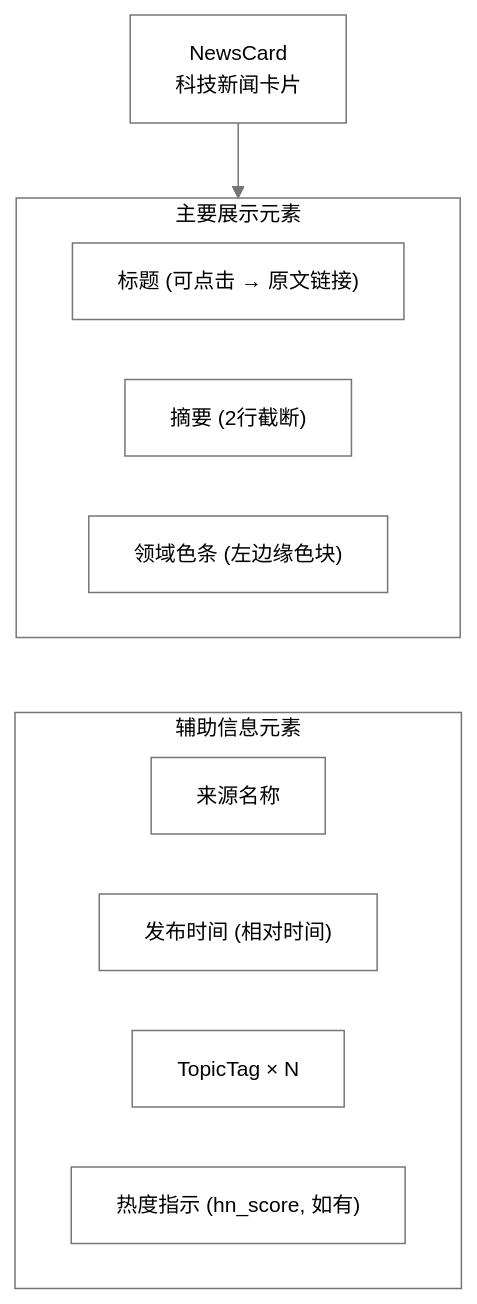
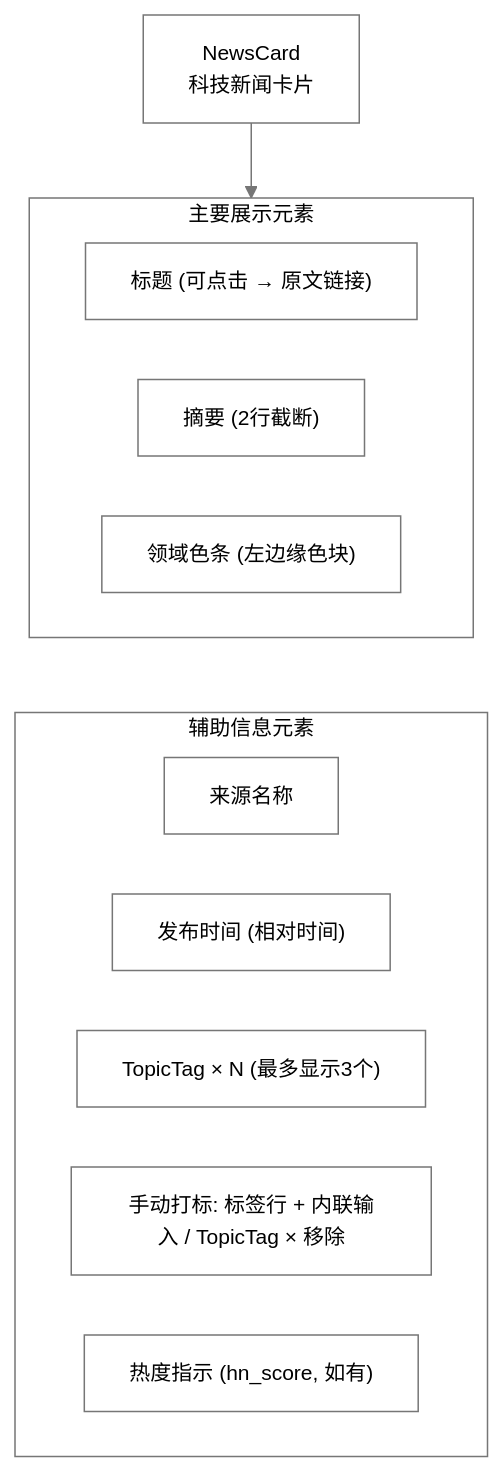
One commit to onceme/instantboard changed the first of 3 diagrams in docs/dev-guide/design/tech-tab.md. Above: the diagram before and after it, drawn with Mermaid. The commit also changed other lines of this file and 14 other files, not shown here.

````diff
--- a/docs/dev-guide/design/tech-tab.md
+++ b/docs/dev-guide/design/tech-tab.md
@@ -166,18 +166,19 @@
 ```mermaid
 %%{init: {"theme": "base", "themeVariables": {"primaryColor": "#ffffff", "primaryTextColor": "#000000", "primaryBorderColor": "#767676", "lineColor": "#767676", "arrowheadColor": "#767676", "secondaryColor": "#ffffff", "secondaryTextColor": "#000000", "secondaryBorderColor": "#767676", "tertiaryColor": "#ffffff", "tertiaryTextColor": "#000000", "tertiaryBorderColor": "#767676", "edgeLabelBackground": "#ffffff", "textColor": "#000000", "nodeTextColor": "#000000", "mainBkg": "#ffffff", "nodeBorder": "#767676", "clusterBkg": "#ffffff", "clusterBdr": "#767676", "clusterTextColor": "#000000", "titleColor": "#000000", "fontSize": "14px"}, "flowchart": {"nodeSpacing": 40, "rankSpacing": 50, "wrappingWidth": 180, "useMaxWidth": true}}}%%
 graph TD
     NC["NewsCard<br/>科技新闻卡片"]
     subgraph Main["主要展示元素"]
         NT["标题 (可点击 → 原文链接)"]
         NS["摘要 (2行截断)"]
         DC["领域色条 (左边缘色块)"]
     end
     subgraph Meta["辅助信息元素"]
         NR["来源名称"]
         NP["发布时间 (相对时间)"]
-        NTag["TopicTag × N"]
+        NTag["TopicTag × N (最多显示3个)"]
+        NTagEdit["手动打标: 标签行 + 内联输入 / TopicTag × 移除"]
         NH["热度指示 (hn_score, 如有)"]
     end
     NC --> Main
     Main ~~~ Meta
 ```
````
